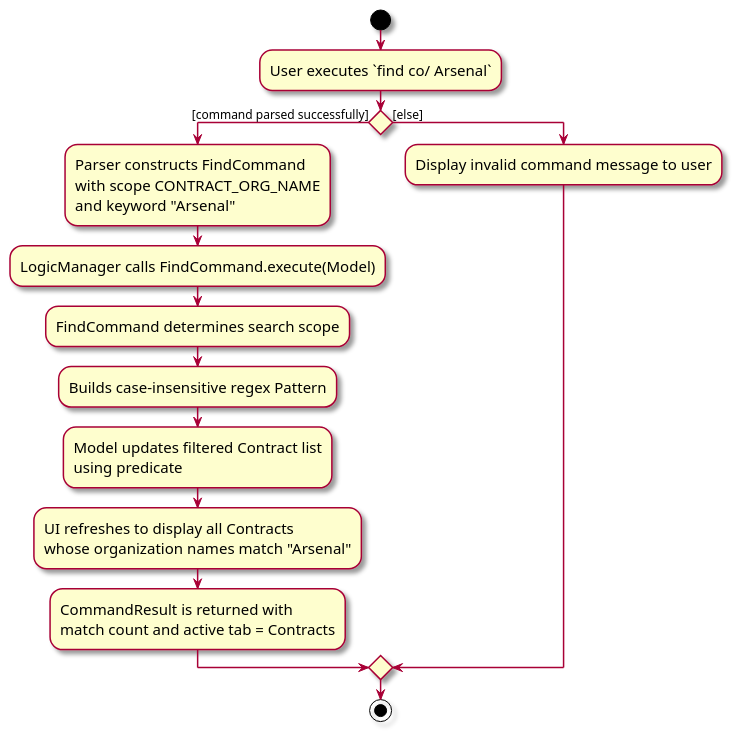
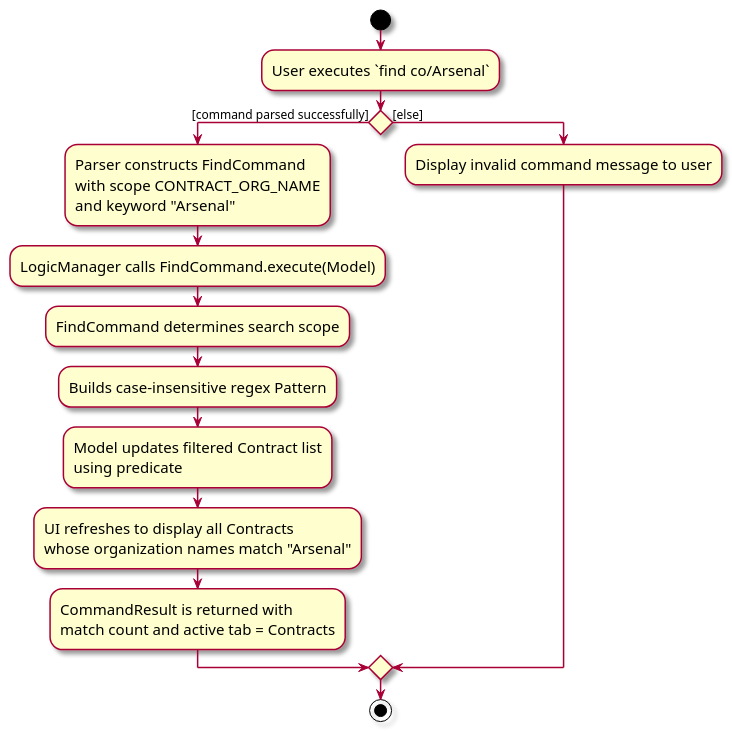
Before and after one commit to AY2526S1-CS2103T-F13-3/tp: the diagram in docs/diagrams/FindActivityDiagram.puml, drawn with PlantUML.

```diff
--- a/docs/diagrams/FindActivityDiagram.puml
+++ b/docs/diagrams/FindActivityDiagram.puml
@@ -1,28 +1,28 @@
 @startuml
 skin rose
 skinparam ActivityFontSize 15
 skinparam ArrowFontSize 12
 
 start
-:User executes `find co/ Arsenal`;
+:User executes `find co/Arsenal`;
 
 if () then ([command parsed successfully])
     :Parser constructs FindCommand
     with scope CONTRACT_ORG_NAME
     and keyword "Arsenal";
     :LogicManager calls FindCommand.execute(Model);
 
     :FindCommand determines search scope;
     :Builds case-insensitive regex Pattern;
     :Model updates filtered Contract list
     using predicate;
     :UI refreshes to display all Contracts
     whose organization names match "Arsenal";
     :CommandResult is returned with
     match count and active tab = Contracts;
 else ([else])
     :Display invalid command message to user;
 endif
 
 stop
 @enduml
```
